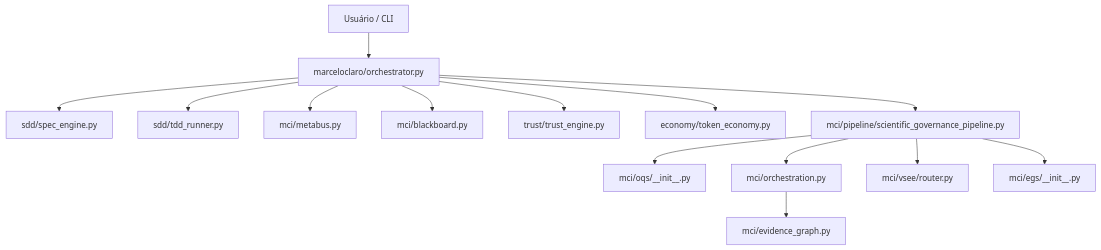
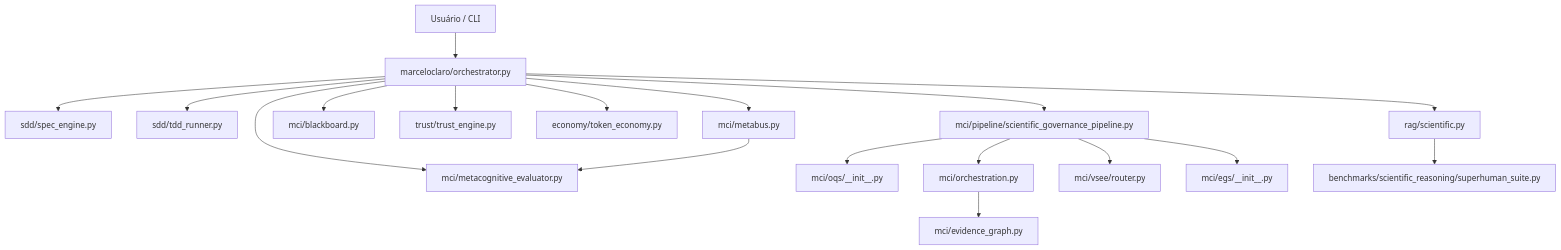
Before and after one commit to MarceloClaro/opencode-ecosystem-core: the diagram in MAPA_ECOSSISTEMA_COMPLETO_2026-07-06.md, drawn with Mermaid. The commit also changed other lines of this file and 13 other files, not shown here.

````diff
--- a/MAPA_ECOSSISTEMA_COMPLETO_2026-07-06.md
+++ b/MAPA_ECOSSISTEMA_COMPLETO_2026-07-06.md
@@ -34,16 +34,20 @@
 ```mermaid
 graph TD
   actor_user_cli[Usuário / CLI] --> orchestrator_py[marceloclaro/orchestrator.py]
   orchestrator_py --> spec_engine_py[sdd/spec_engine.py]
   orchestrator_py --> tdd_runner_py[sdd/tdd_runner.py]
   orchestrator_py --> metabus_py[mci/metabus.py]
   orchestrator_py --> blackboard_py[mci/blackboard.py]
   orchestrator_py --> trust_engine_py[trust/trust_engine.py]
   orchestrator_py --> token_economy_py[economy/token_economy.py]
+  orchestrator_py --> metaeval_py[mci/metacognitive_evaluator.py]
+  orchestrator_py --> rag_py[rag/scientific.py]
   orchestrator_py --> sgp_py[mci/pipeline/scientific_governance_pipeline.py]
   sgp_py --> oqs_init_py[mci/oqs/__init__.py]
   sgp_py --> orchestration_py[mci/orchestration.py]
   sgp_py --> vsee_router_py[mci/vsee/router.py]
   sgp_py --> egs_init_py[mci/egs/__init__.py]
   orchestration_py --> evidence_graph_py[mci/evidence_graph.py]
+  metabus_py --> metaeval_py
+  rag_py --> superhuman_suite_py[benchmarks/scientific_reasoning/superhuman_suite.py]
 ```
````
